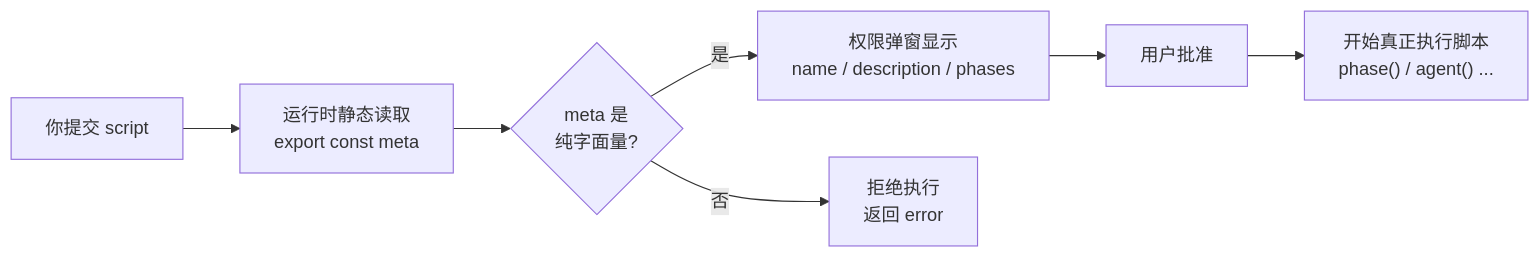
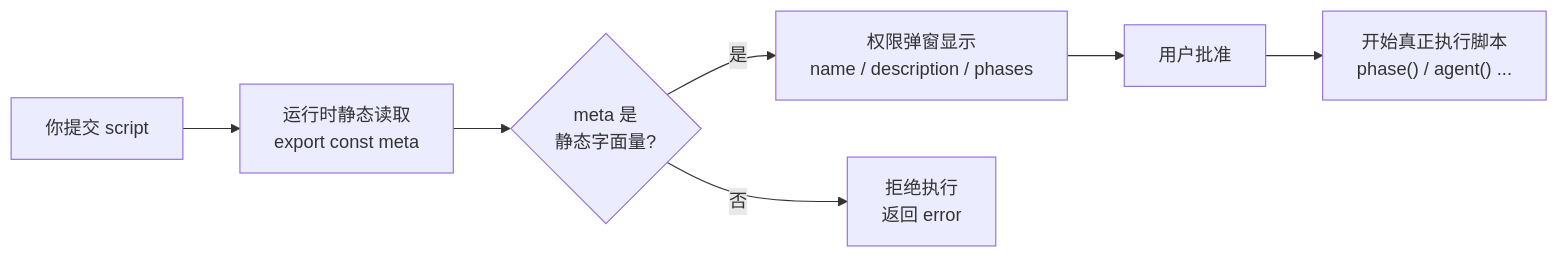
Before and after one commit to AGI-is-going-to-arrive/workflow-cookbook: the first of 3 diagrams in docs/zh/p2-05-meta-and-phase.md, drawn with Mermaid. The commit also changed other lines of this file and 78 other files, not shown here.

````diff
--- a/docs/zh/p2-05-meta-and-phase.md
+++ b/docs/zh/p2-05-meta-and-phase.md
@@ -25,9 +23,9 @@
 ```mermaid
 flowchart LR
     A["你提交 script"] --> B["运行时静态读取<br/>export const meta"]
-    B --> C{"meta 是<br/>纯字面量?"}
+    B --> C{"meta 是<br/>静态字面量?"}
     C -->|是| D["权限弹窗显示<br/>name / description / phases"]
     C -->|否| E["拒绝执行<br/>返回 error"]
     D --> F["用户批准"]
     F --> G["开始真正执行脚本<br/>phase() / agent() ..."]
 ```
````
